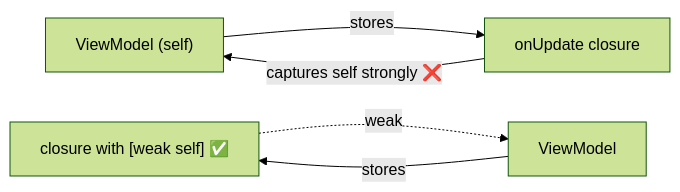
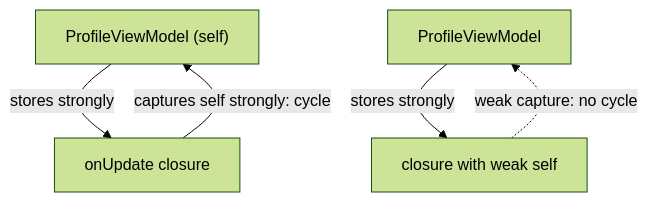
Before and after one commit to AkshayAshokCode/iOS-Interview-Questions-and-Answers: the second of 6 diagrams in topics/03-memory-management.md, drawn with Mermaid (forest theme). The commit also changed other lines of this file and 2 other files, not shown here.

````diff
--- a/topics/03-memory-management.md
+++ b/topics/03-memory-management.md
@@ -83,7 +229,7 @@
 ```mermaid
-flowchart LR
-    VM["ViewModel (self)"] -->|"stores"| CL["onUpdate closure"]
-    CL -->|"captures self strongly ❌"| VM
-    CL2["closure with [weak self] ✅"] -.->|"weak"| VM2["ViewModel"]
-    VM2 -->|"stores"| CL2
+flowchart TD
+    VM["ProfileViewModel (self)"] -->|"stores strongly"| CL["onUpdate closure"]
+    CL -->|"captures self strongly: cycle"| VM
+    VM2["ProfileViewModel"] -->|"stores strongly"| CL2["closure with weak self"]
+    CL2 -.->|"weak capture: no cycle"| VM2
 ```
````
